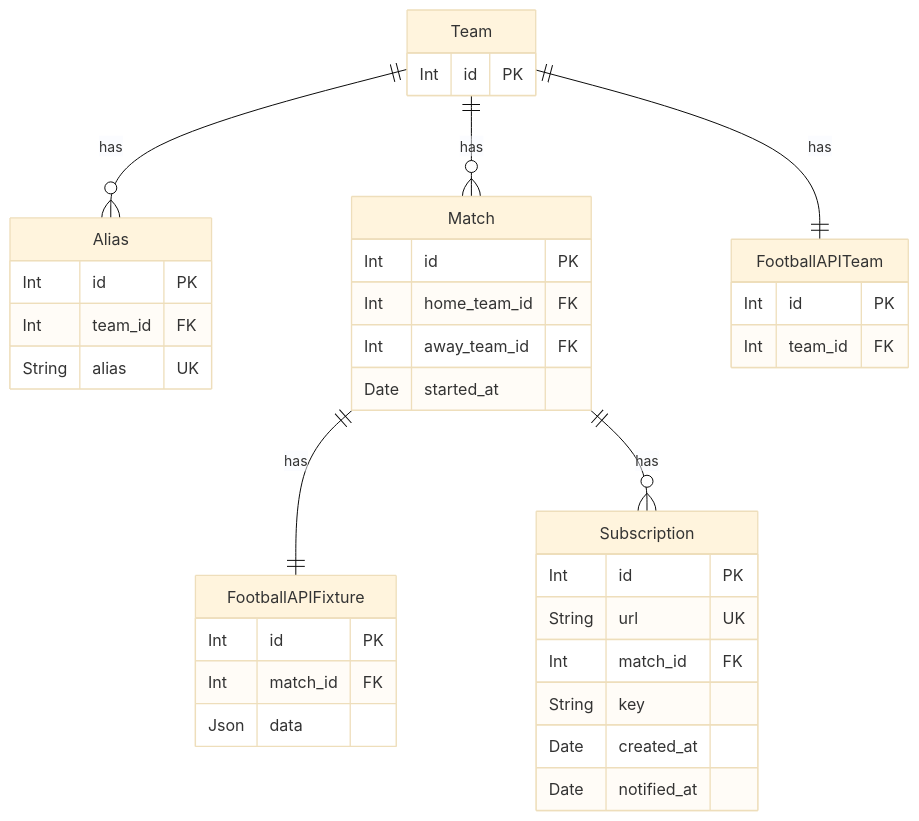
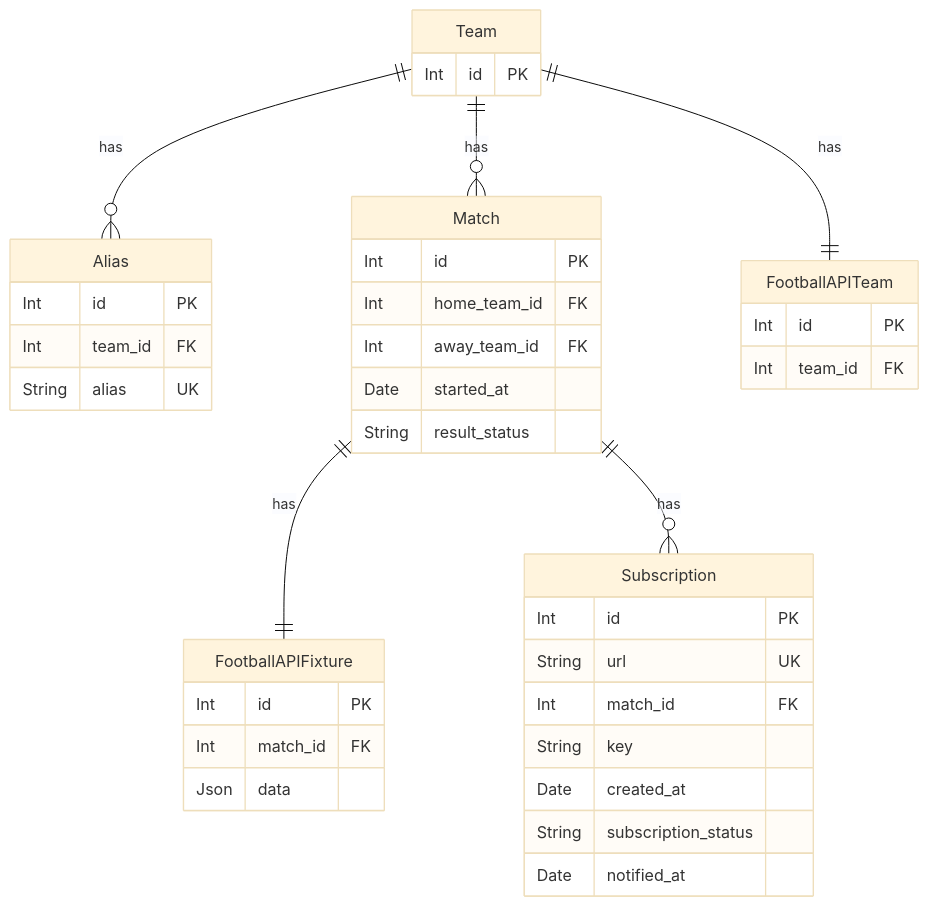
One commit to andrewshostak/prognoz-result-service changed the first of 6 diagrams in README.md. Above: the diagram before and after it, drawn with Mermaid (base theme). The commit also changed other lines of this file, not shown here.

````diff
--- a/README.md
+++ b/README.md
@@ -25,45 +25,47 @@
 ```mermaid
 erDiagram
     Team {
         Int id PK
     }
     
     Alias {
         Int id PK
         Int team_id FK
         String alias UK 
     }
     
     Match {
         Int id PK
         Int home_team_id FK
         Int away_team_id FK
         Date started_at
+        String result_status
     }
     
     FootballAPIFixture {
         Int id PK
         Int match_id FK
         Json data
     }
     
     Subscription {
         Int id PK
         String url UK
         Int match_id FK
         String key
         Date created_at
+        String subscription_status
         Date notified_at
     }
     
     FootballAPITeam {
         Int id PK
         Int team_id FK
     }
     
     Team ||--o{ Alias : has 
     Team ||--o{ Match : has
     Match ||--|| FootballAPIFixture : has
     Match ||--o{ Subscription : has
     Team ||--|| FootballAPITeam : has
 ```
````
